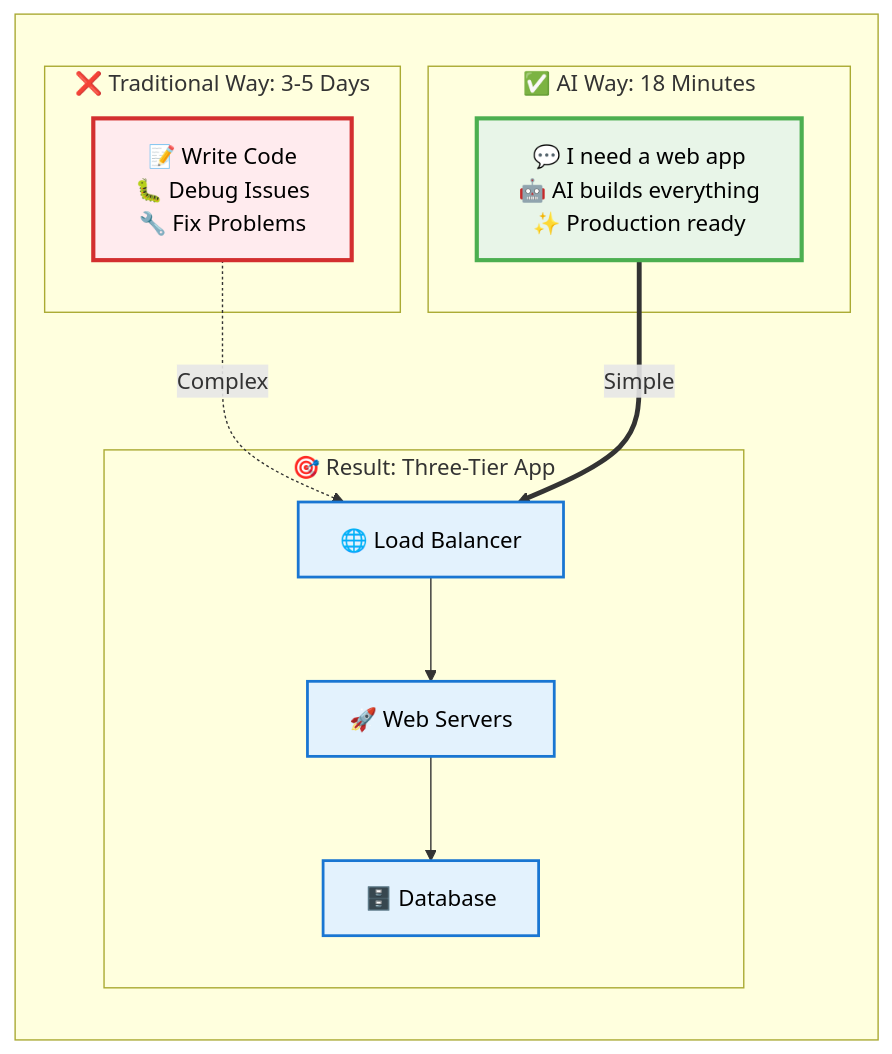
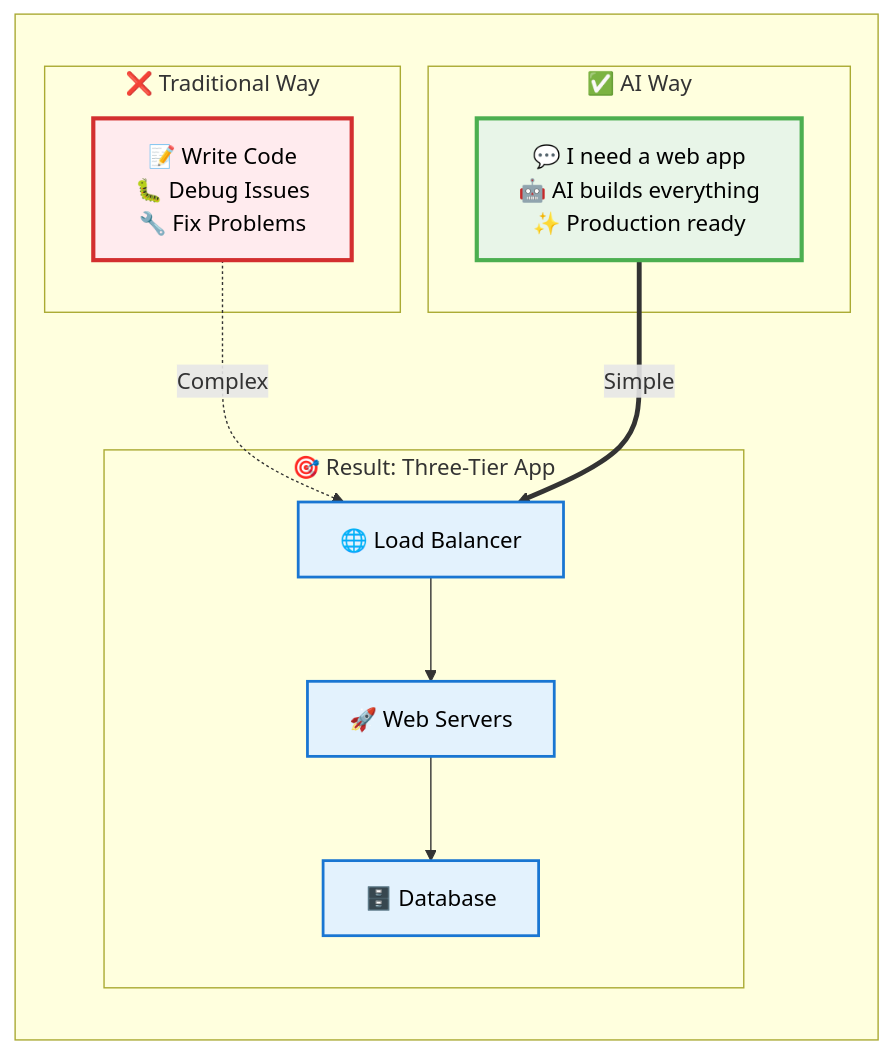
Before and after one commit to VersusControl/devops-ai-guidelines: the first of 2 diagrams in resources/ai-assisted-aws-infrastructure-demo.md, drawn with Mermaid.

````diff
--- a/resources/ai-assisted-aws-infrastructure-demo.md
+++ b/resources/ai-assisted-aws-infrastructure-demo.md
@@ -18,39 +18,39 @@
 ```mermaid
 ---
 config:
   layout: dagre
 ---
 flowchart LR
- subgraph subGraph0["❌ Traditional Way: 3-5 Days"]
+ subgraph subGraph0["❌ Traditional Way"]
         OLD["📝 Write Code 
             🐛 Debug Issues
             🔧 Fix Problems"]
   end
- subgraph subGraph1["✅ AI Way: 18 Minutes"]
+ subgraph subGraph1["✅ AI Way"]
         NEW["💬 I need a web app
             🤖 AI builds everything
             ✨ Production ready"]
   end
  subgraph subGraph2["🎯 Result: Three-Tier App"]
         WEB["🌐 Load Balancer"]
         APP["🚀 Web Servers"]
         DB["🗄️ Database"]
   end
  subgraph subGraph3[" "]
         subGraph0
         subGraph1
         subGraph2
   end
     WEB --> APP
     APP --> DB
     OLD -. Complex .-> WEB
     NEW == Simple ==> WEB
      OLD:::old
      NEW:::new
      WEB:::result
      APP:::result
      DB:::result
     classDef old fill:#ffebee,stroke:#d32f2f,stroke-width:3px,color:#000
     classDef new fill:#e8f5e8,stroke:#4caf50,stroke-width:3px,color:#000
     classDef result fill:#e3f2fd,stroke:#1976d2,stroke-width:2px,color:#000
 ```
````
